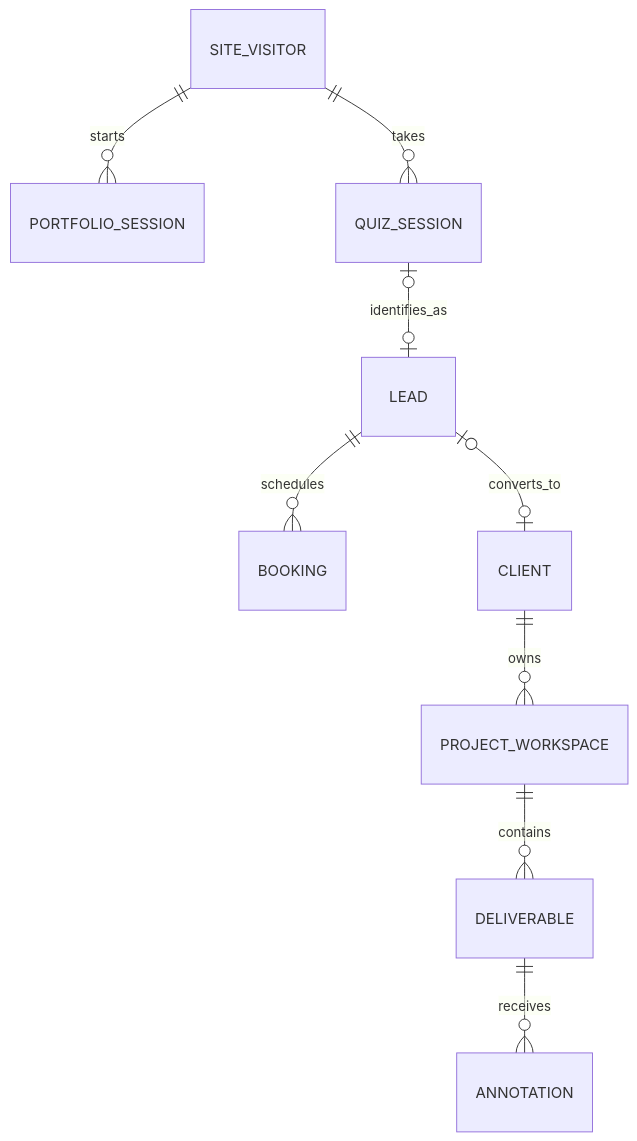
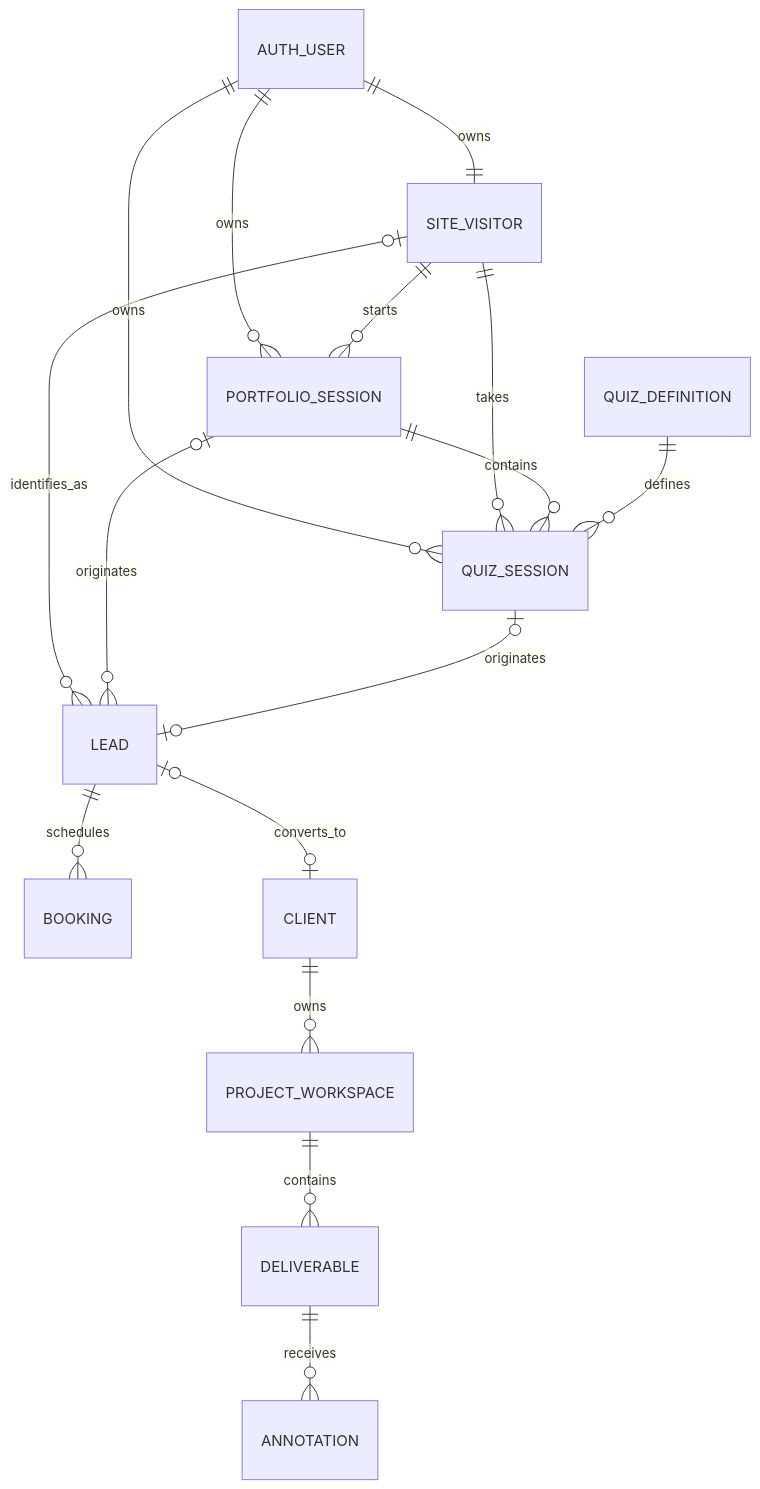
Before and after one commit to dmptelysha/elysha-works-portfolio-service-professionals: the second of 2 diagrams in docs/portfolio-blueprint.md, drawn with Mermaid. The commit also changed other lines of this file and 22 other files, not shown here.

````diff
--- a/docs/portfolio-blueprint.md
+++ b/docs/portfolio-blueprint.md
@@ -1055,11 +1125,18 @@
 ```mermaid
 erDiagram
+    AUTH_USER ||--|| SITE_VISITOR : owns
+    AUTH_USER ||--o{ PORTFOLIO_SESSION : owns
+    AUTH_USER ||--o{ QUIZ_SESSION : owns
     SITE_VISITOR ||--o{ PORTFOLIO_SESSION : starts
     SITE_VISITOR ||--o{ QUIZ_SESSION : takes
-    QUIZ_SESSION o|--o| LEAD : identifies_as
+    PORTFOLIO_SESSION ||--o{ QUIZ_SESSION : contains
+    QUIZ_DEFINITION ||--o{ QUIZ_SESSION : defines
+    SITE_VISITOR o|--o{ LEAD : identifies_as
+    PORTFOLIO_SESSION o|--o{ LEAD : originates
+    QUIZ_SESSION o|--o| LEAD : originates
     LEAD ||--o{ BOOKING : schedules
     LEAD o|--o| CLIENT : converts_to
     CLIENT ||--o{ PROJECT_WORKSPACE : owns
     PROJECT_WORKSPACE ||--o{ DELIVERABLE : contains
     DELIVERABLE ||--o{ ANNOTATION : receives
 ```
````
